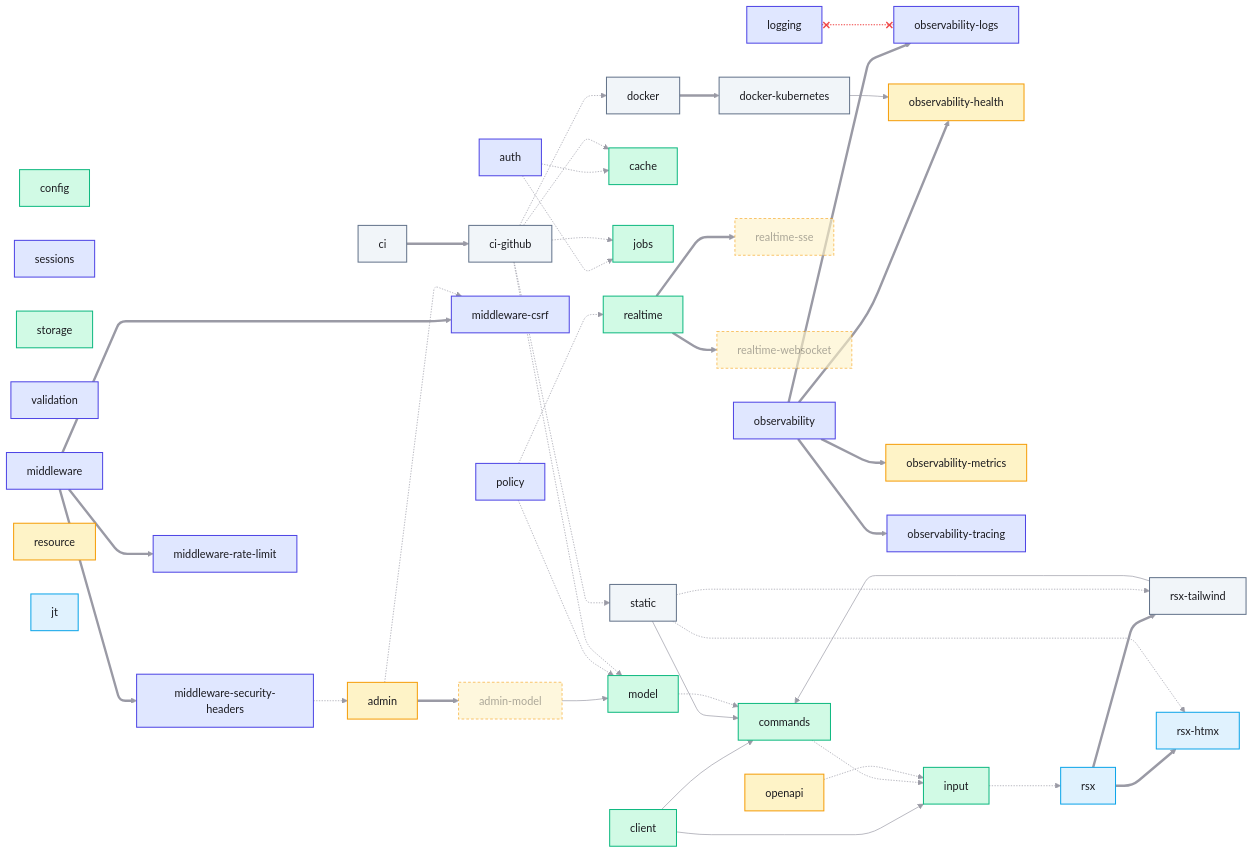
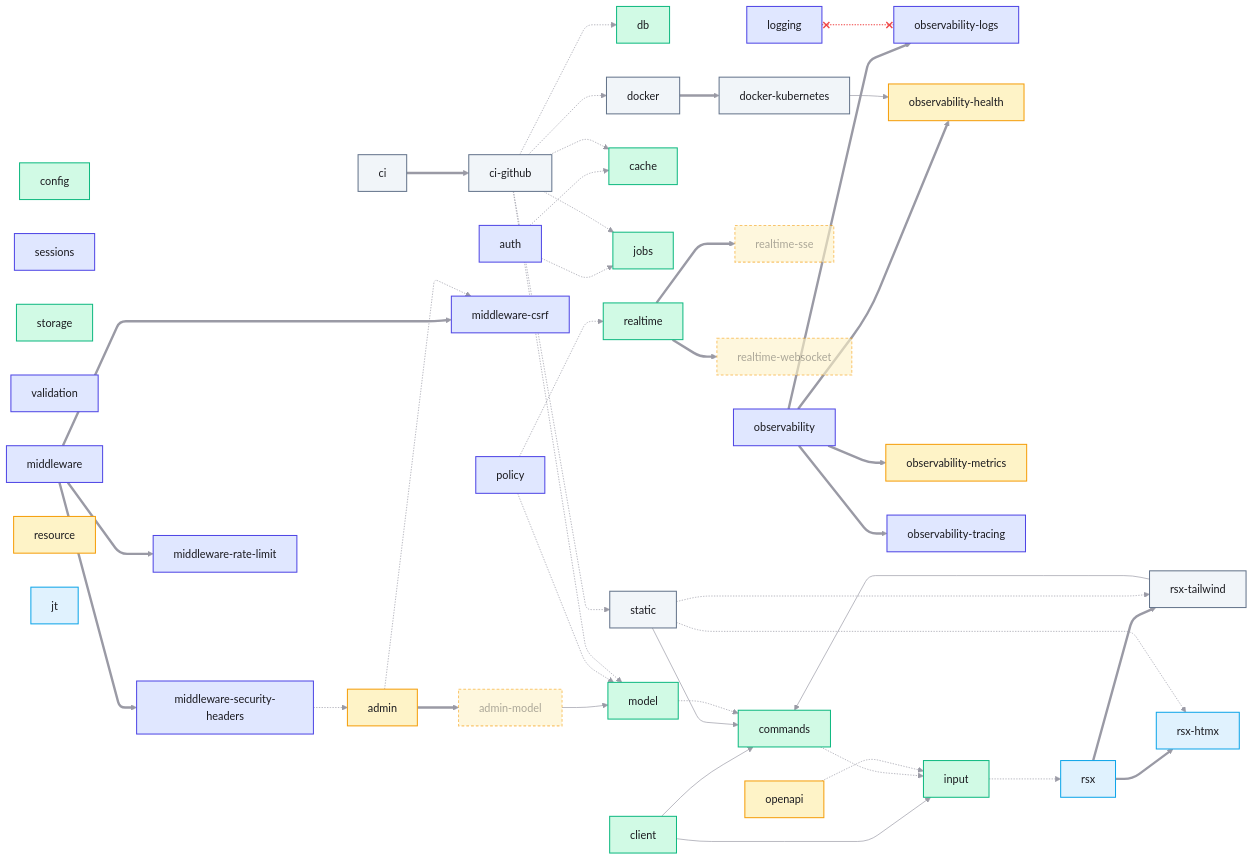
The second of 2 diagrams in docs/module-map.md (DHHwasRight/brocanth), drawn with Mermaid before and after one commit. The commit also changed other lines of this file and 6 other files, not shown here.

````diff
--- a/docs/module-map.md
+++ b/docs/module-map.md
@@ -156,6 +157,7 @@
   obs_tracing[observability-tracing]:::mw
   config:::en
   sessions:::mw
+  db:::en
   model:::en
   cache:::en
   jobs:::en
@@ -221,6 +223,7 @@
   ci_gh -.-> model
   ci_gh -.-> jobs
   ci_gh -.-> cache
+  ci_gh -.-> db
 
   linkStyle 20 stroke:#ef4444,stroke-width:1.5px
 ```
````
